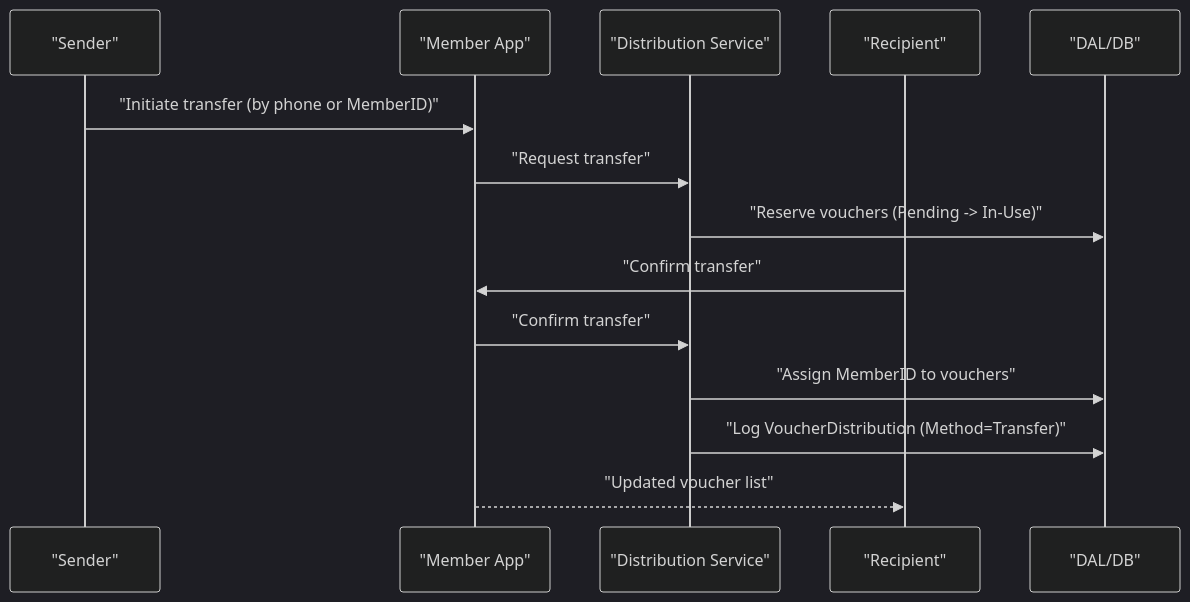
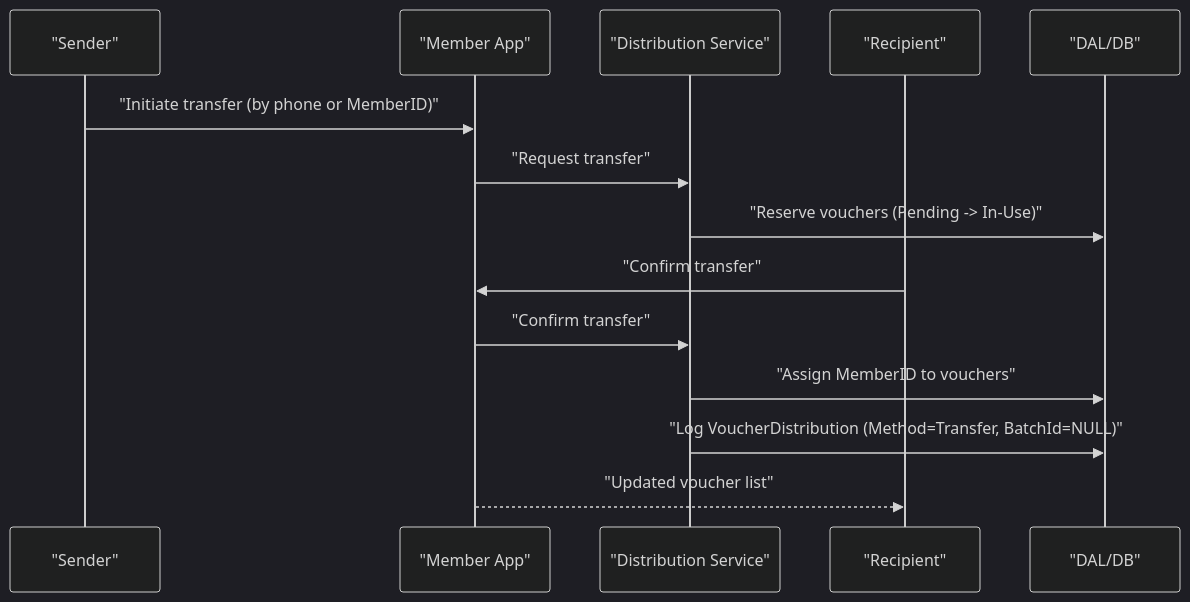
The fifth of 9 diagrams in .qoder/repowiki/en/content/Business Logic and Workflows/Multi-Channel Distribution System.md (lamhongbac/NonCash), drawn with Mermaid (dark theme) before and after one commit. The commit also changed other lines of this file and 111 other files, not shown here.

````diff
--- a/.qoder/repowiki/en/content/Business Logic and Workflows/Multi-Channel Distribution System.md
+++ b/.qoder/repowiki/en/content/Business Logic and Workflows/Multi-Channel Distribution System.md
@@ -202,16 +237,16 @@
 ```mermaid
 sequenceDiagram
 participant Sender as "Sender"
 participant App as "Member App"
 participant Dist as "Distribution Service"
 participant Recipient as "Recipient"
 participant DB as "DAL/DB"
 Sender->>App : "Initiate transfer (by phone or MemberID)"
 App->>Dist : "Request transfer"
 Dist->>DB : "Reserve vouchers (Pending -> In-Use)"
 Recipient->>App : "Confirm transfer"
 App->>Dist : "Confirm transfer"
 Dist->>DB : "Assign MemberID to vouchers"
-Dist->>DB : "Log VoucherDistribution (Method=Transfer)"
+Dist->>DB : "Log VoucherDistribution (Method=Transfer, BatchId=NULL)"
 App-->>Recipient : "Updated voucher list"
 ```
````
